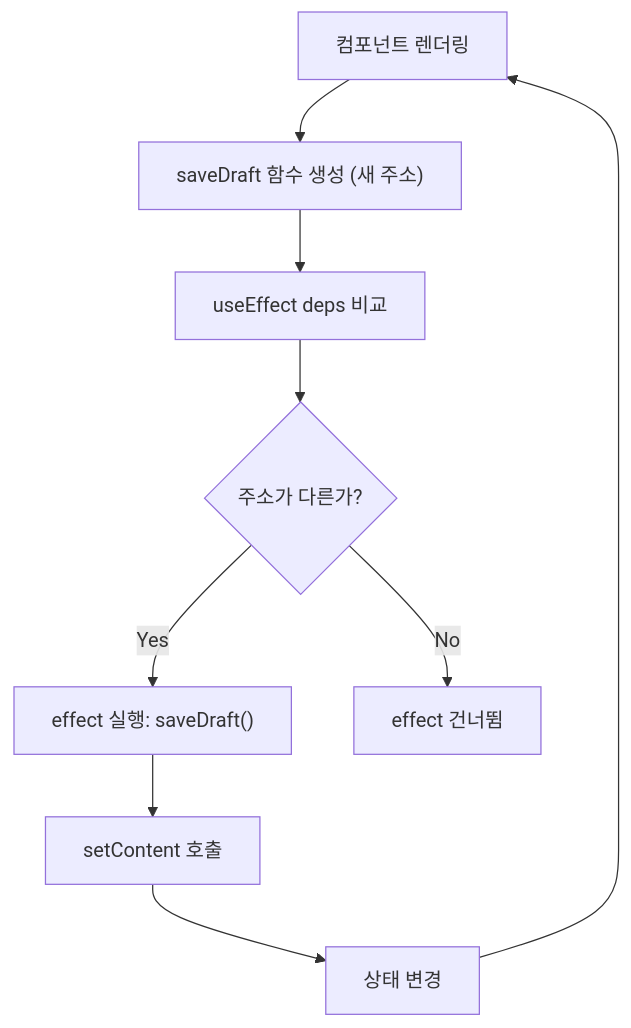
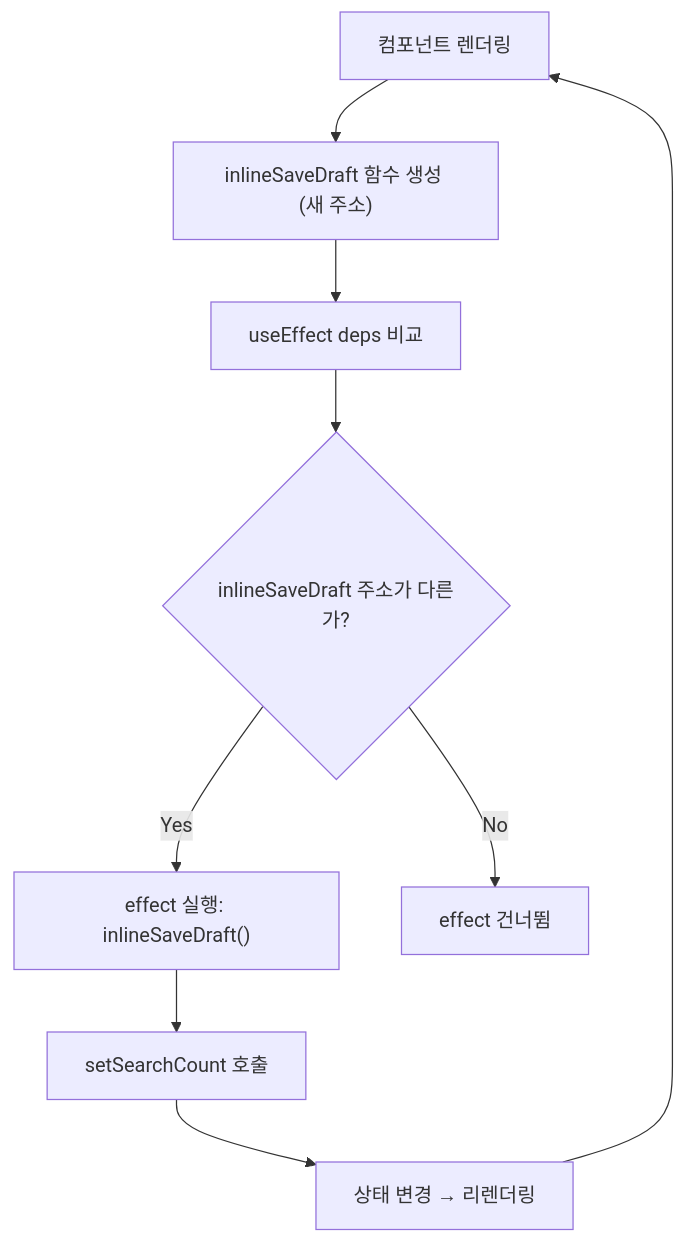
The eighth of 16 diagrams in markdown/2026-01-18/ko/content.mdx (codefug/codefug.github.io), drawn with Mermaid before and after one commit. The commit also changed other lines of this file and 1 other file, not shown here.

````diff
--- a/markdown/2026-01-18/ko/content.mdx
+++ b/markdown/2026-01-18/ko/content.mdx
@@ -387,11 +394,11 @@
 ```mermaid
 flowchart TD
-    A[컴포넌트 렌더링] --> B["saveDraft 함수 생성 (새 주소)"]
+    A["컴포넌트 렌더링"] --> B["inlineSaveDraft 함수 생성 (새 주소)"]
     B --> C["useEffect deps 비교"]
-    C --> D{"주소가 다른가?"}
-    D -->|Yes| E["effect 실행: saveDraft()"]
-    E --> F["setContent 호출"]
-    F --> G["상태 변경"]
+    C --> D{"inlineSaveDraft 주소가 다른가?"}
+    D -->|Yes| E["effect 실행: inlineSaveDraft()"]
+    E --> F["setSearchCount 호출"]
+    F --> G["상태 변경 → 리렌더링"]
     G --> A
     D -->|No| H["effect 건너뜀"]
 ```
````
